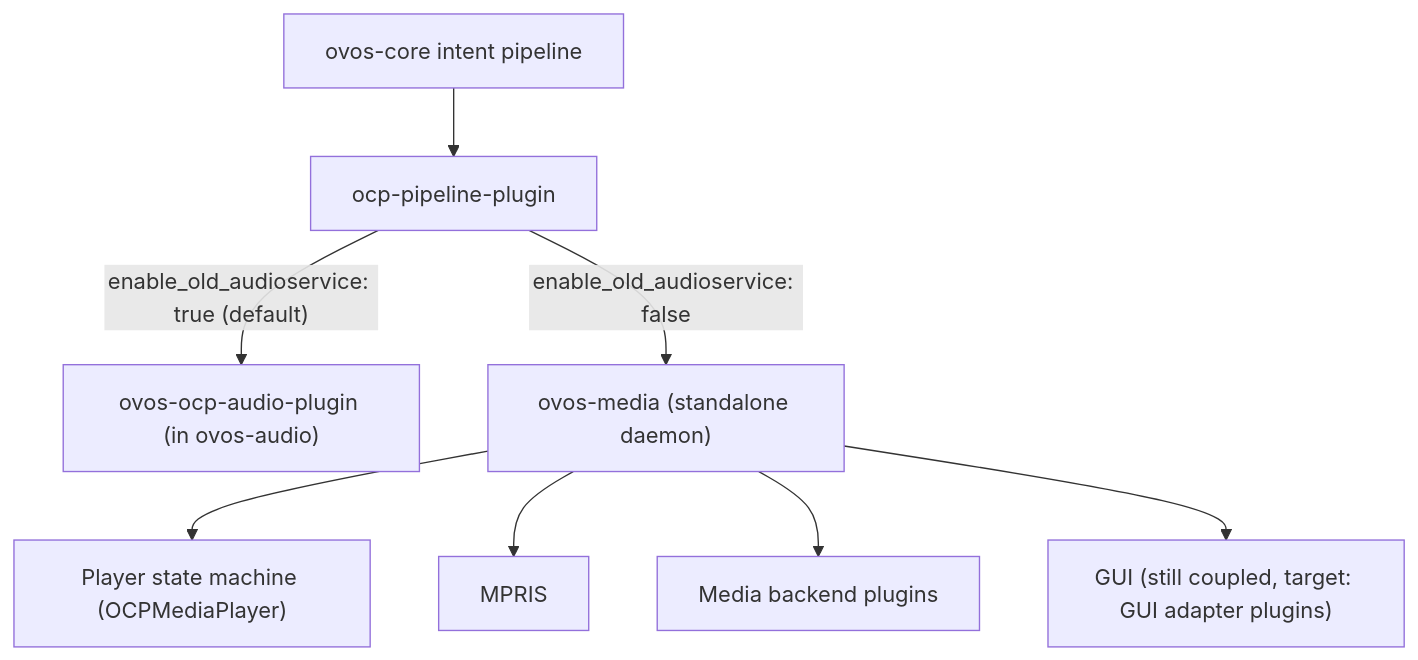
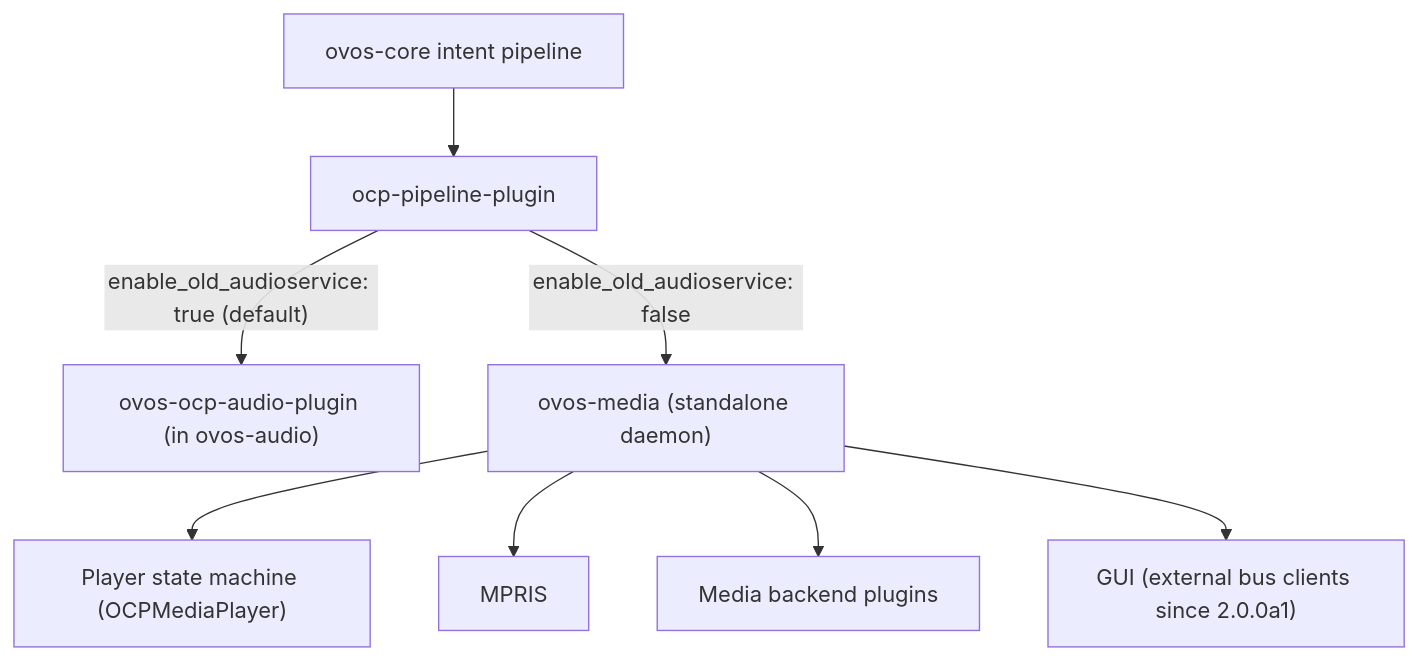
One commit to OpenVoiceOS/beta-technical-manual changed the diagram in docs/ovos-media.md. Above: the diagram before and after it, drawn with Mermaid. The commit also changed other lines of this file, not shown here.

First line of the commit message:
fix: track ovos-media 2.0.0a1 drops

````diff
--- a/docs/ovos-media.md
+++ b/docs/ovos-media.md
@@ -78,10 +78,10 @@
 ```mermaid
 flowchart TD
     Core["ovos-core intent pipeline"] --> Pipeline["ocp-pipeline-plugin"]
     Pipeline -->|"enable_old_audioservice: true (default)"| Legacy["ovos-ocp-audio-plugin (in ovos-audio)"]
     Pipeline -->|"enable_old_audioservice: false"| Media["ovos-media (standalone daemon)"]
     Media --> PSM["Player state machine (OCPMediaPlayer)"]
     Media --> MPRIS
     Media --> Backends["Media backend plugins"]
-    Media --> GUI["GUI (still coupled, target: GUI adapter plugins)"]
+    Media --> GUI["GUI (external bus clients since 2.0.0a1)"]
 ```
````
